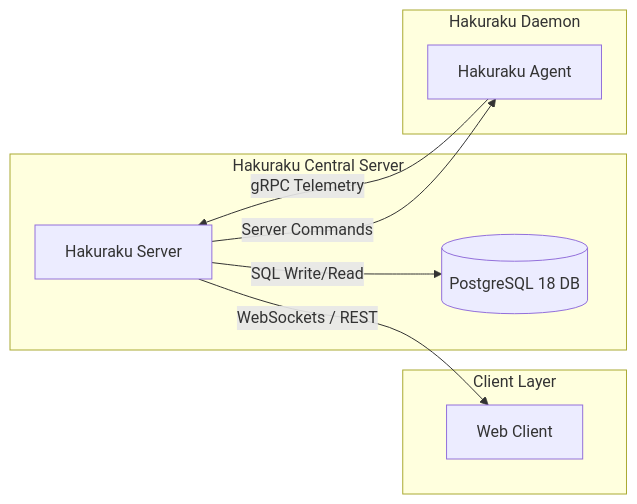
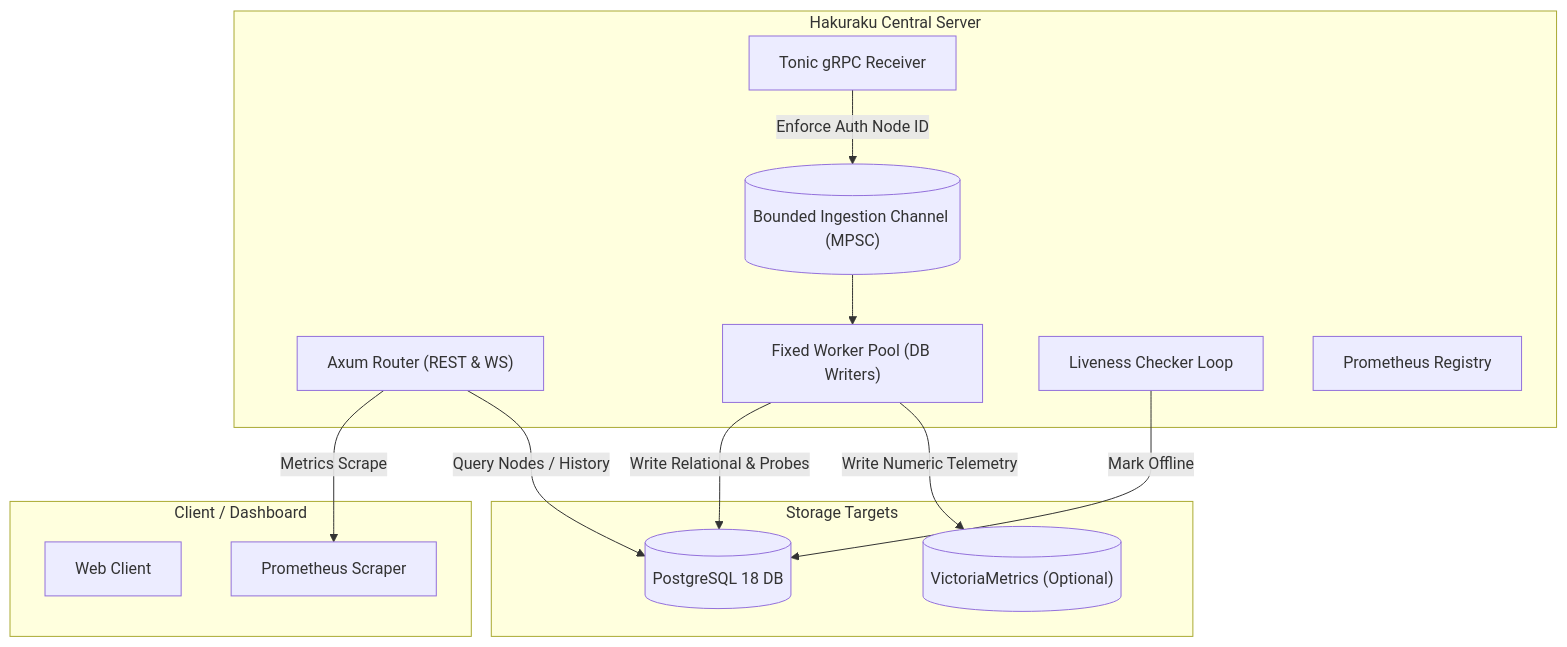
Before and after one commit to irvanmalik48/hakuraku: the diagram in README.md, drawn with Mermaid. The commit also changed other lines of this file and 1 other file, not shown here.

Commit message:
docs: document metrics, healthz, readyz, and VictoriaMetrics config

````diff
--- a/README.md
+++ b/README.md
@@ -27,20 +27,29 @@
 ```mermaid
-graph LR
-    subgraph Client ["Client Layer"]
+graph TD
+    subgraph Client ["Client / Dashboard"]
         WC["Web Client"]
+        PR["Prometheus Scraper"]
     end
 
-    subgraph Core ["Hakuraku Central Server"]
-        SV["Hakuraku Server"]
-        DB[("PostgreSQL 18 DB")]
+    subgraph Server ["Hakuraku Central Server"]
+        AX["Axum Router (REST & WS)"]
+        GR["Tonic gRPC Receiver"]
+        CH[("Bounded Ingestion Channel (MPSC)")]
+        WP["Fixed Worker Pool (DB Writers)"]
+        LC["Liveness Checker Loop"]
+        MS["Prometheus Registry"]
     end
 
-    subgraph Daemon ["Hakuraku Daemon"]
-        AG["Hakuraku Agent"]
+    subgraph Storage ["Storage Targets"]
+        DB[("PostgreSQL 18 DB")]
+        VM[("VictoriaMetrics (Optional)")]
     end
 
-    AG -- "gRPC Telemetry" --> SV
-    SV -- "Server Commands" --> AG
-    SV -- "WebSockets / REST" --> WC
-    SV -- "SQL Write/Read" --> DB
+    GR -- "Enforce Auth Node ID" --> CH
+    CH --> WP
+    WP -- "Write Relational & Probes" --> DB
+    WP -- "Write Numeric Telemetry" --> VM
+    AX -- "Metrics Scrape" --> PR
+    AX -- "Query Nodes / History" --> DB
+    LC -- "Mark Offline" --> DB
 ```
````
